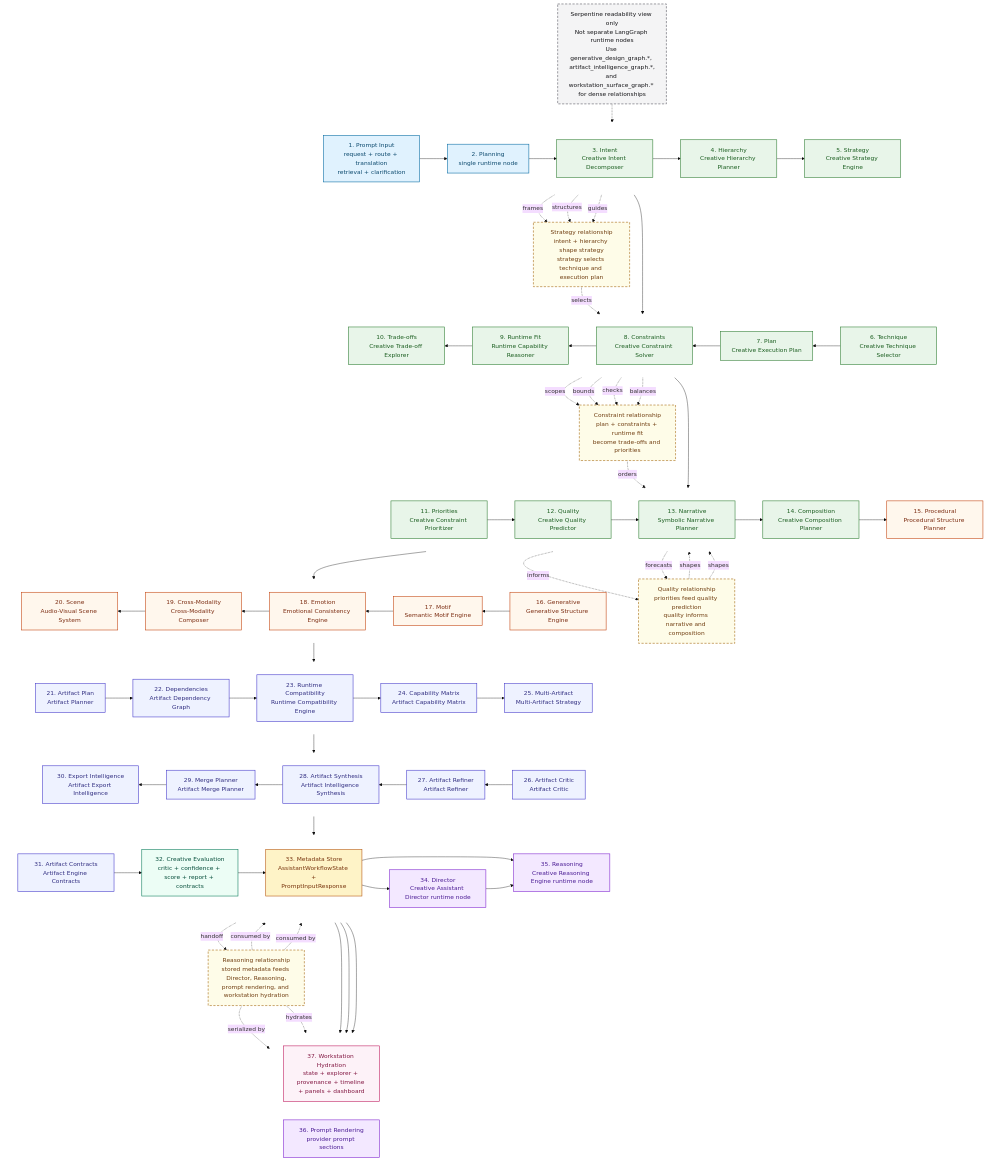
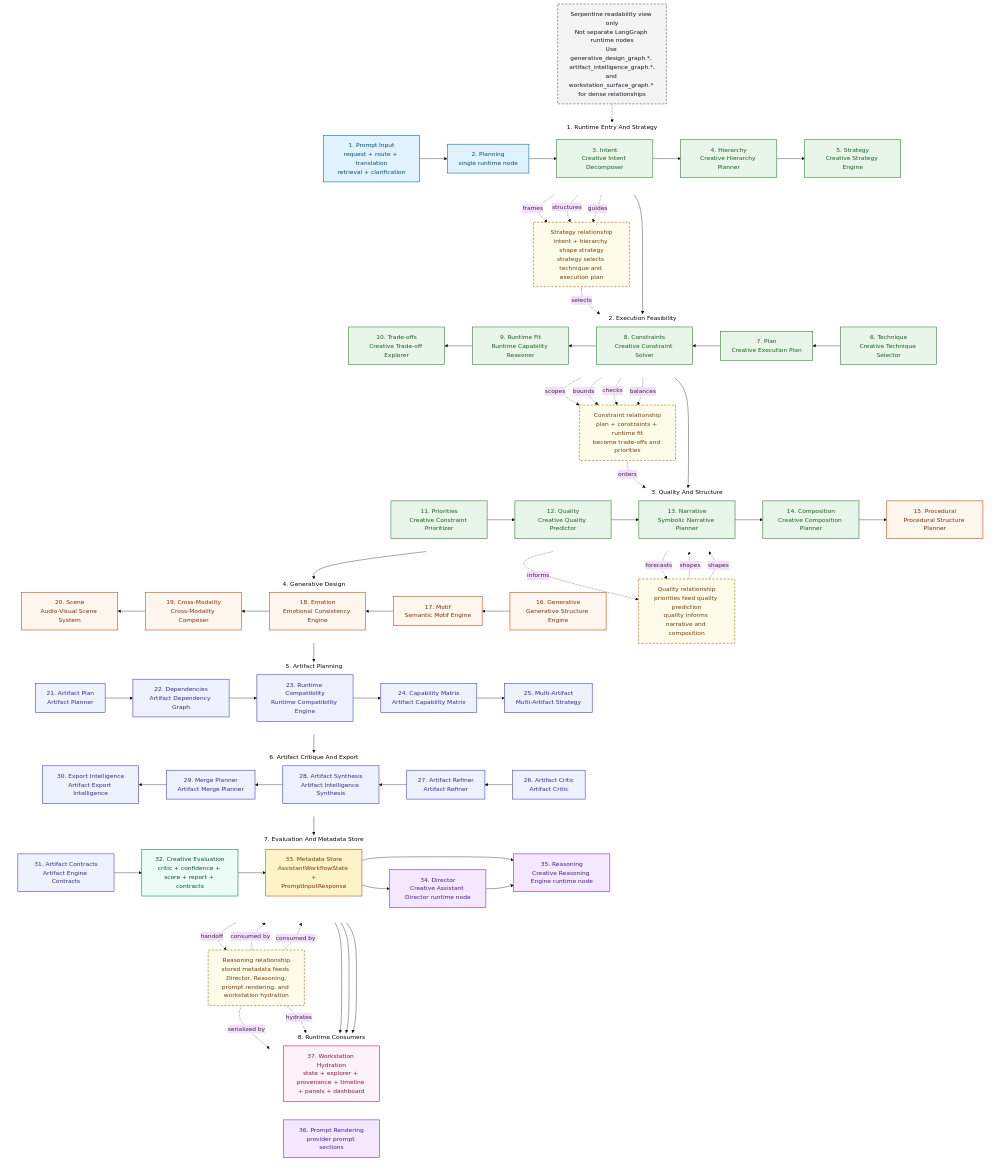
One commit to lmguerrini/creative-coding-assistant changed the diagram in architecture/creative_intelligence_graph.md. Above: the diagram before and after it, drawn with Mermaid (base theme). The commit also changed 9 other files, not shown here.

First line of the commit message:
Standardize diagram visual hierarchy

```diff
--- a/architecture/creative_intelligence_graph.md
+++ b/architecture/creative_intelligence_graph.md
@@ -60,7 +60,7 @@
     classDef note fill:#F4F4F5,stroke:#52525B,color:#18181B,stroke-width:1.5px,stroke-dasharray: 6 4;
     classDef relationship fill:#FEFCE8,stroke:#A16207,color:#713F12,stroke-width:1.5px,stroke-dasharray: 6 4;
 
-    subgraph row_1[" "]
+    subgraph row_1["1. Runtime Entry And Strategy"]
         direction LR
         prompt_input["1. Prompt Input<br/>request + route + translation<br/>retrieval + clarification"]:::runtime
         planning["2. Planning<br/>single runtime node"]:::runtime
@@ -69,7 +69,7 @@
         strategy["5. Strategy<br/>Creative Strategy Engine"]:::cognition
     end
 
-    subgraph row_2[" "]
+    subgraph row_2["2. Execution Feasibility"]
         direction RL
         techniques["6. Technique<br/>Creative Technique Selector"]:::cognition
         plan["7. Plan<br/>Creative Execution Plan"]:::cognition
@@ -78,7 +78,7 @@
         tradeoffs["10. Trade-offs<br/>Creative Trade-off Explorer"]:::cognition
     end
 
-    subgraph row_3[" "]
+    subgraph row_3["3. Quality And Structure"]
         direction LR
         priorities["11. Priorities<br/>Creative Constraint Prioritizer"]:::cognition
         quality["12. Quality<br/>Creative Quality Predictor"]:::cognition
@@ -87,7 +87,7 @@
         procedural["15. Procedural<br/>Procedural Structure Planner"]:::design
     end
 
-    subgraph row_4[" "]
+    subgraph row_4["4. Generative Design"]
         direction RL
         generative["16. Generative<br/>Generative Structure Engine"]:::design
         motif["17. Motif<br/>Semantic Motif Engine"]:::design
@@ -96,7 +96,7 @@
         scene["20. Scene<br/>Audio-Visual Scene System"]:::design
     end
 
-    subgraph row_5[" "]
+    subgraph row_5["5. Artifact Planning"]
         direction LR
         artifact_plan["21. Artifact Plan<br/>Artifact Planner"]:::artifact
         dependency["22. Dependencies<br/>Artifact Dependency Graph"]:::artifact
@@ -105,7 +105,7 @@
         artifact_strategy["25. Multi-Artifact<br/>Multi-Artifact Strategy"]:::artifact
     end
 
-    subgraph row_6[" "]
+    subgraph row_6["6. Artifact Critique And Export"]
         direction RL
         artifact_critic["26. Artifact Critic<br/>Artifact Critic"]:::artifact
         artifact_refiner["27. Artifact Refiner<br/>Artifact Refiner"]:::artifact
@@ -114,7 +114,7 @@
         export_intelligence["30. Export Intelligence<br/>Artifact Export Intelligence"]:::artifact
     end
 
-    subgraph row_7[" "]
+    subgraph row_7["7. Evaluation And Metadata Store"]
         direction LR
         contracts["31. Artifact Contracts<br/>Artifact Engine Contracts"]:::artifact
         evaluation["32. Creative Evaluation<br/>critic + confidence + score + report + contracts"]:::evaluation
@@ -123,7 +123,7 @@
         reasoning["35. Reasoning<br/>Creative Reasoning Engine runtime node"]:::consumer
     end
 
-    subgraph row_8[" "]
+    subgraph row_8["8. Runtime Consumers"]
         direction RL
         workstation["37. Workstation Hydration<br/>state + explorer + provenance + timeline + panels + dashboard"]:::workstation
         prompt_rendering["36. Prompt Rendering<br/>provider prompt sections"]:::consumer
```
